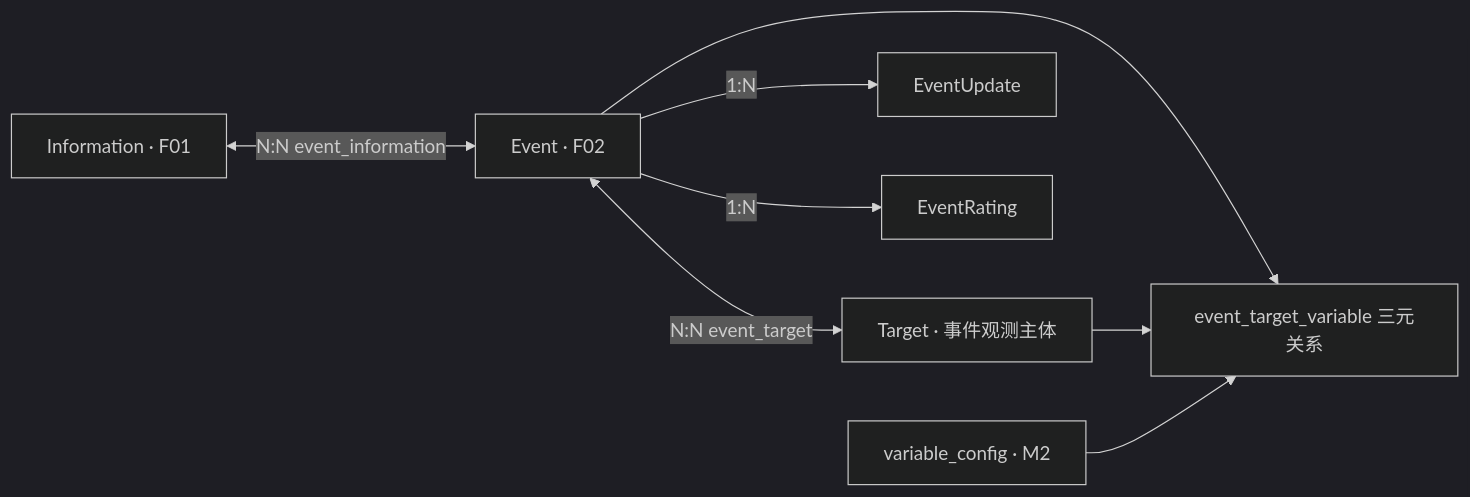
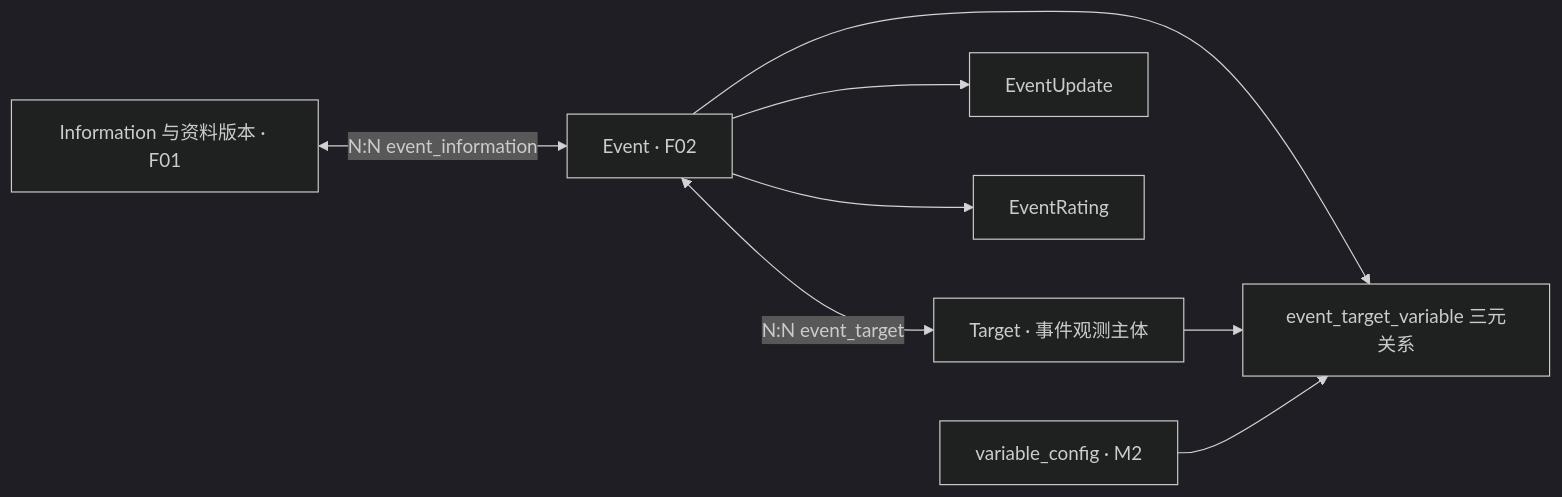
Before and after one commit to caojingwen1996/obsidian_kb: the second of 3 diagrams in tools/RiskHot/docs/system-design/03-系统功能架构/F02 事件管理模块功能设计 V1.0.md, drawn with Mermaid (dark theme). The commit also changed other lines of this file and 431 other files, not shown here.

````diff
--- a/tools/RiskHot/docs/system-design/03-系统功能架构/F02 事件管理模块功能设计 V1.0.md
+++ b/tools/RiskHot/docs/system-design/03-系统功能架构/F02 事件管理模块功能设计 V1.0.md
@@ -135,10 +108,10 @@
 ```mermaid
 flowchart LR
-    I[Information · F01] <-->|N:N event_information| E[Event · F02]
+    I[Information 与资料版本 · F01] <-->|N:N event_information| E[Event · F02]
     E <-->|N:N event_target| T[Target · 事件观测主体]
-    E -->|1:N| U[EventUpdate]
-    E -->|1:N| R[EventRating]
+    E --> U[EventUpdate]
+    E --> R[EventRating]
     E --> V[event_target_variable 三元关系]
     T --> V
     M2[variable_config · M2] --> V
 ```
````
